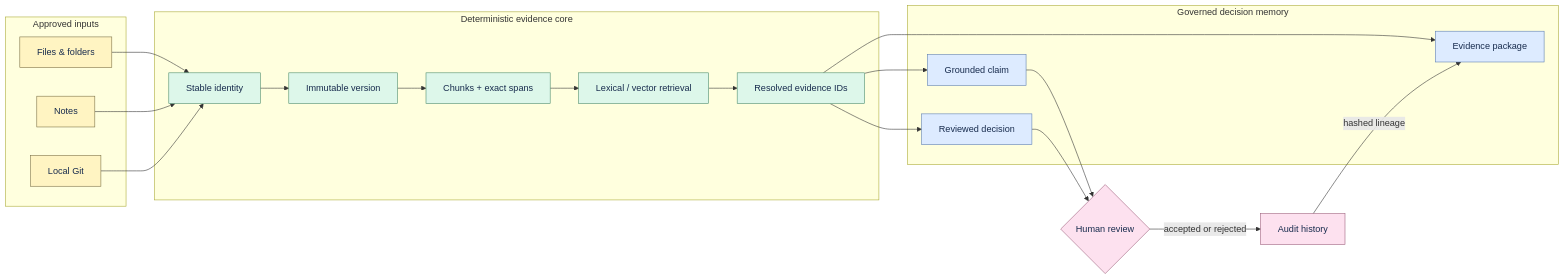
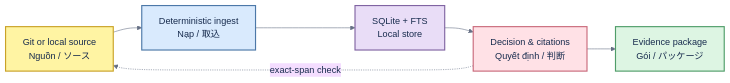
Before and after one commit to thangldw/proofline: the diagram in docs/architecture.md, drawn with Mermaid. The commit also changed other lines of this file and 53 other files, not shown here.

````diff
--- a/docs/architecture.md
+++ b/docs/architecture.md
@@ -8,38 +3,16 @@
 ```mermaid
+%%{init: {"theme":"base","themeVariables":{"background":"#FFFFFF","fontFamily":"Arial, sans-serif","lineColor":"#667085","primaryTextColor":"#172B4D"}}}%%
 flowchart LR
-    subgraph Inputs["Approved inputs"]
-        F["Files & folders"]
-        N["Notes"]
-        G["Local Git"]
-    end
-    subgraph Core["Deterministic evidence core"]
-        I["Stable identity"] --> V["Immutable version"]
-        V --> C["Chunks + exact spans"]
-        C --> R["Lexical / vector retrieval"]
-        R --> E["Resolved evidence IDs"]
-    end
-    subgraph Outputs["Governed decision memory"]
-        Q["Grounded claim"]
-        M["Reviewed decision"]
-        P["Evidence package"]
-    end
-    F --> I
-    N --> I
-    G --> I
-    E --> Q
-    E --> M
-    E --> P
-    Q --> H{"Human review"}
-    M --> H
-    H -->|accepted or rejected| A["Audit history"]
-    A -->|hashed lineage| P
-
-    classDef source fill:#FFF4C2,stroke:#7A6F45,color:#172B4D;
-    classDef core fill:#DDF7EA,stroke:#4C8B6B,color:#172B4D;
-    classDef output fill:#DDEBFF,stroke:#5B7DB1,color:#172B4D;
-    classDef human fill:#FDE1EF,stroke:#9C5E7B,color:#172B4D;
-    class F,N,G source;
-    class I,V,C,R,E core;
-    class Q,M,P output;
-    class H,A human;
+    G["Git or local source<br/>Nguồn / ソース"]:::yellow
+    I["Deterministic ingest<br/>Nạp / 取込"]:::blue
+    Q["SQLite + FTS<br/>Local store"]:::purple
+    A["Decision & citations<br/>Quyết định / 判断"]:::pink
+    P["Evidence package<br/>Gói / パッケージ"]:::green
+    G --> I --> Q --> A --> P
+    A -. exact-span check .-> G
+    classDef yellow fill:#FFF4A3,stroke:#C9A227,stroke-width:2px,color:#172B4D
+    classDef blue fill:#D9EAFD,stroke:#4C78A8,stroke-width:2px,color:#172B4D
+    classDef purple fill:#E9DDF7,stroke:#8064A2,stroke-width:2px,color:#172B4D
+    classDef pink fill:#FFE1E6,stroke:#C96A7B,stroke-width:2px,color:#172B4D
+    classDef green fill:#DDF5E3,stroke:#4F9D69,stroke-width:2px,color:#172B4D
 ```
````
